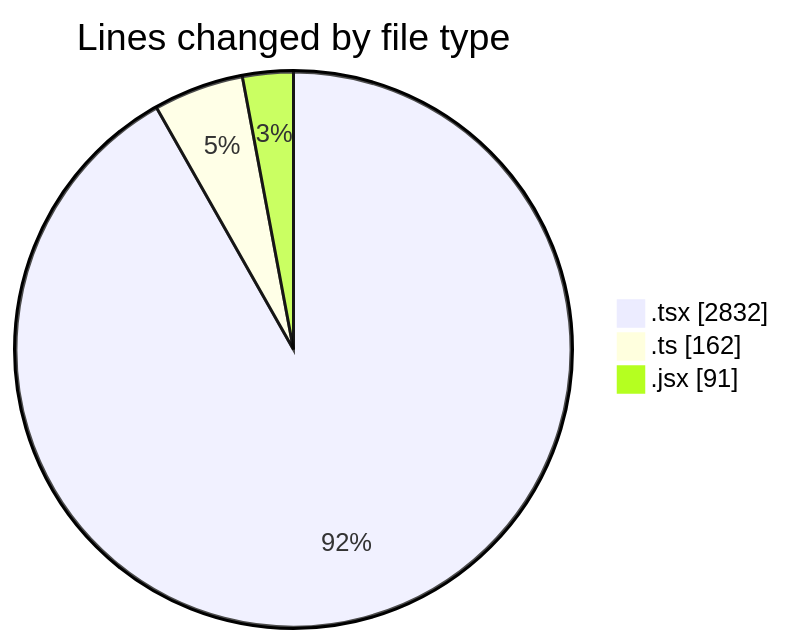
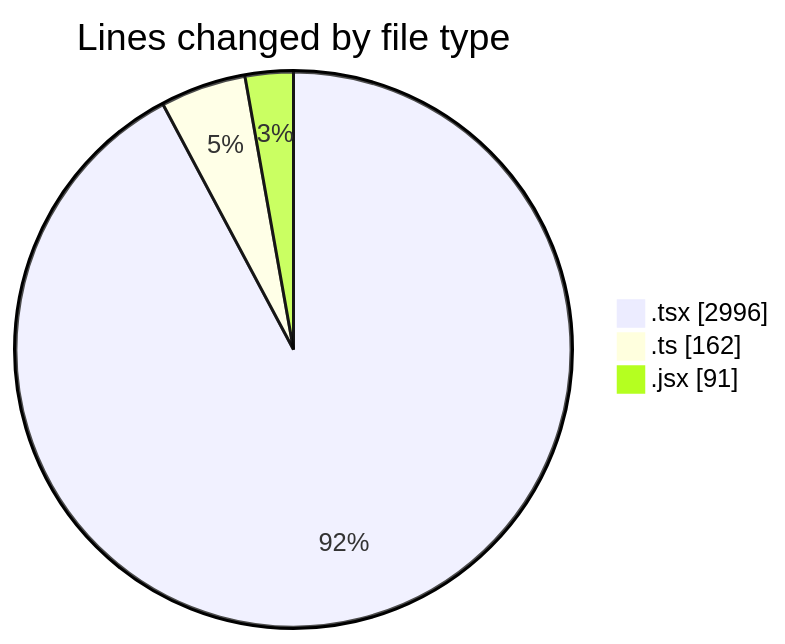
One commit to momahboobian/code-tracking changed the first of 2 diagrams in 2026-04-27/cda/README.md. Above: the diagram before and after it, drawn with Mermaid. The commit also changed other lines of this file and 1 other file, not shown here.

````diff
--- a/2026-04-27/cda/README.md
+++ b/2026-04-27/cda/README.md
@@ -31,7 +31,7 @@
 ```mermaid
 pie showData
 title Lines changed by file type
-".tsx" : 2832
+".tsx" : 2996
 ".ts" : 162
 ".jsx" : 91
 ```
````
